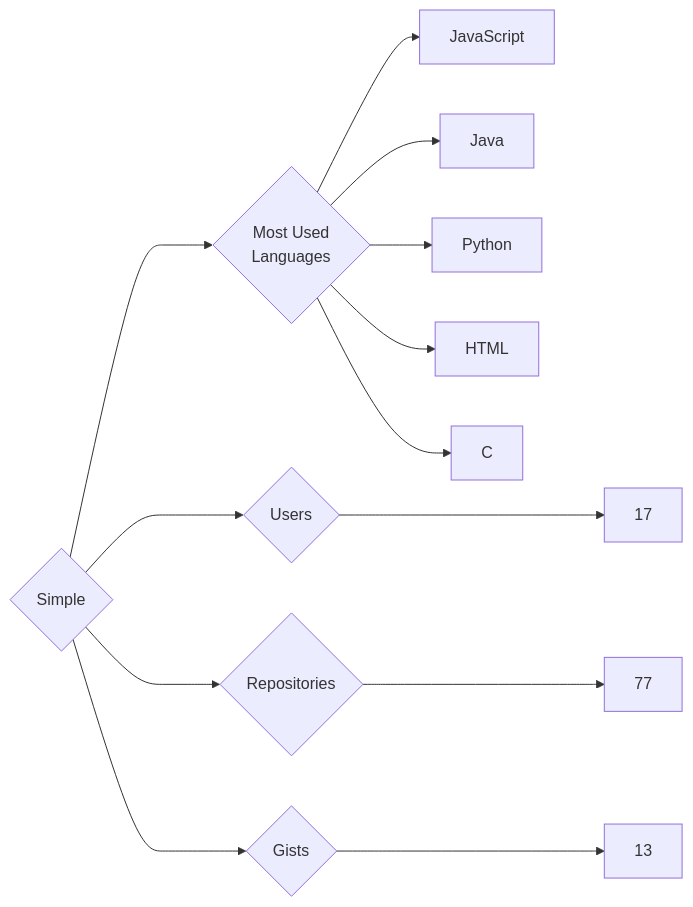
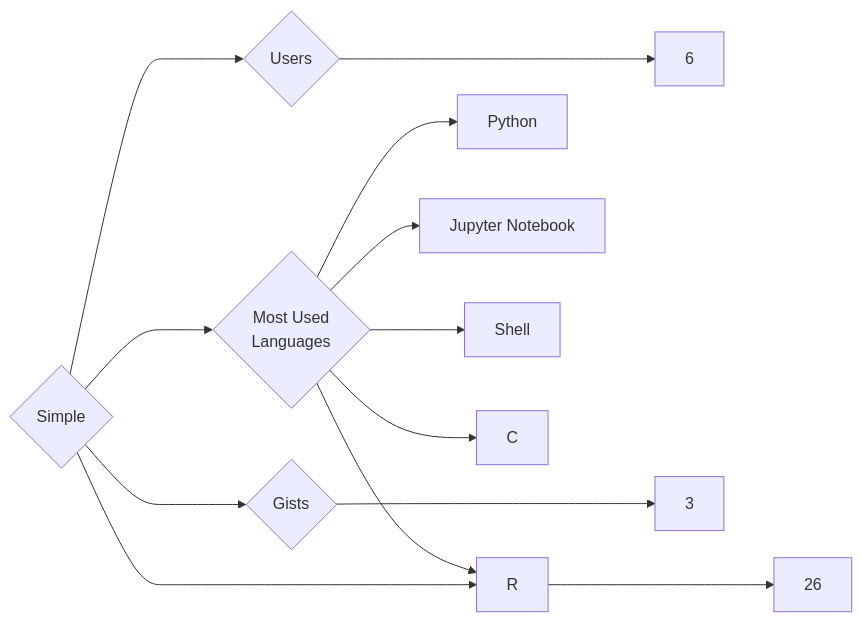
Before and after one commit to trickest/insiders: the diagram in targets/Simple/README.md, drawn with Mermaid. The commit also changed 953 other files, not shown here.

````diff
--- a/targets/Simple/README.md
+++ b/targets/Simple/README.md
@@ -3,13 +3,13 @@
 ```mermaid
 graph LR
 COMPANY_NAME{Simple}
-COMPANY_NAME ---> U{Users} ---> UN[17]
-COMPANY_NAME ---> R{Repositories} ---> RN[77]
-COMPANY_NAME ---> G{Gists} ---> GN[13]
+COMPANY_NAME ---> U{Users} ---> UN[6]
+COMPANY_NAME ---> R{Repositories} ---> RN[26]
+COMPANY_NAME ---> G{Gists} ---> GN[3]
 COMPANY_NAME ---> ML{Most Used<br>Languages}
-ML --> JavaScript[JavaScript]
-ML --> Java[Java]
 ML --> Python[Python]
-ML --> HTML[HTML]
+ML --> Jupyter_Notebook[Jupyter Notebook]
+ML --> Shell[Shell]
+ML --> R[R]
 ML --> C[C]
 ```
````
